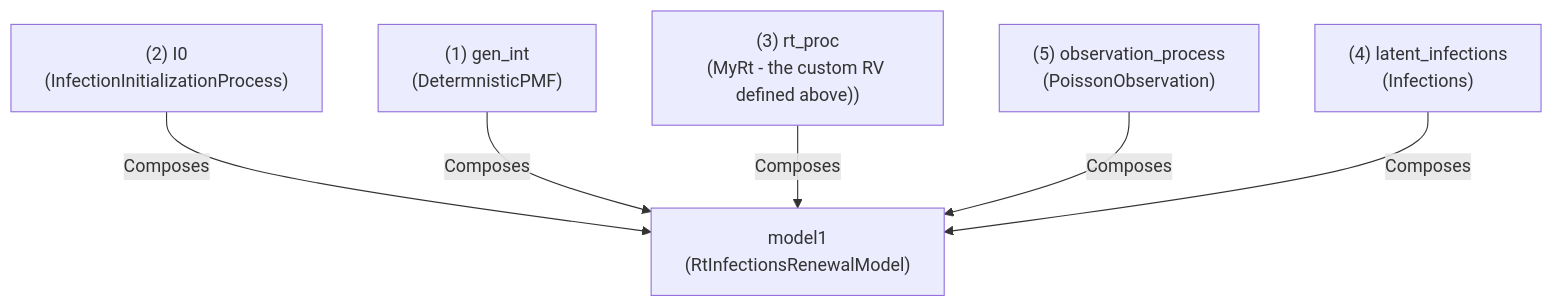
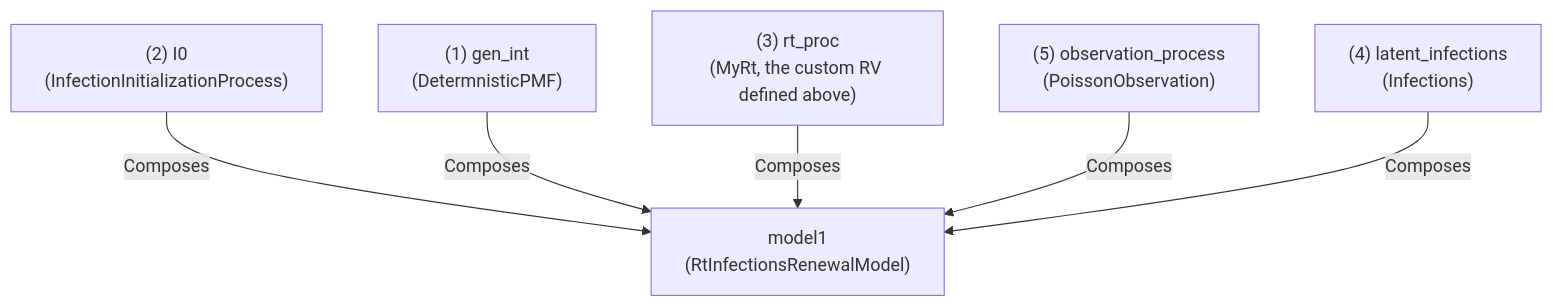
One commit to CDCgov/PyRenew changed the second of 2 diagrams in docs/source/tutorials/basic_renewal_model.qmd. Above: the diagram before and after it, drawn with Mermaid. The commit also changed other lines of this file, not shown here.

Commit message:
Update other mermaid diagram

````diff
--- a/docs/source/tutorials/basic_renewal_model.qmd
+++ b/docs/source/tutorials/basic_renewal_model.qmd
@@ -184,18 +184,18 @@
 ```mermaid
 %%| label: overview-of-RtInfectionsRenewalModel
 %%| include: true
 flowchart TB
     genint["(1) gen_int\n(DetermnisticPMF)"]
     i0["(2) I0\n(InfectionInitializationProcess)"]
-    rt["(3) rt_proc\n(MyRt - the custom RV defined above))"]
+    rt["(3) rt_proc\n(MyRt, the custom RV defined above)"]
     inf["(4) latent_infections\n(Infections)"]
     obs["(5) observation_process\n(PoissonObservation)"]
 
     model1["model1\n(RtInfectionsRenewalModel)"]
 
     i0-->|Composes|model1
     genint-->|Composes|model1
     rt-->|Composes|model1
     obs-->|Composes|model1
     inf-->|Composes|model1
 ```
````
